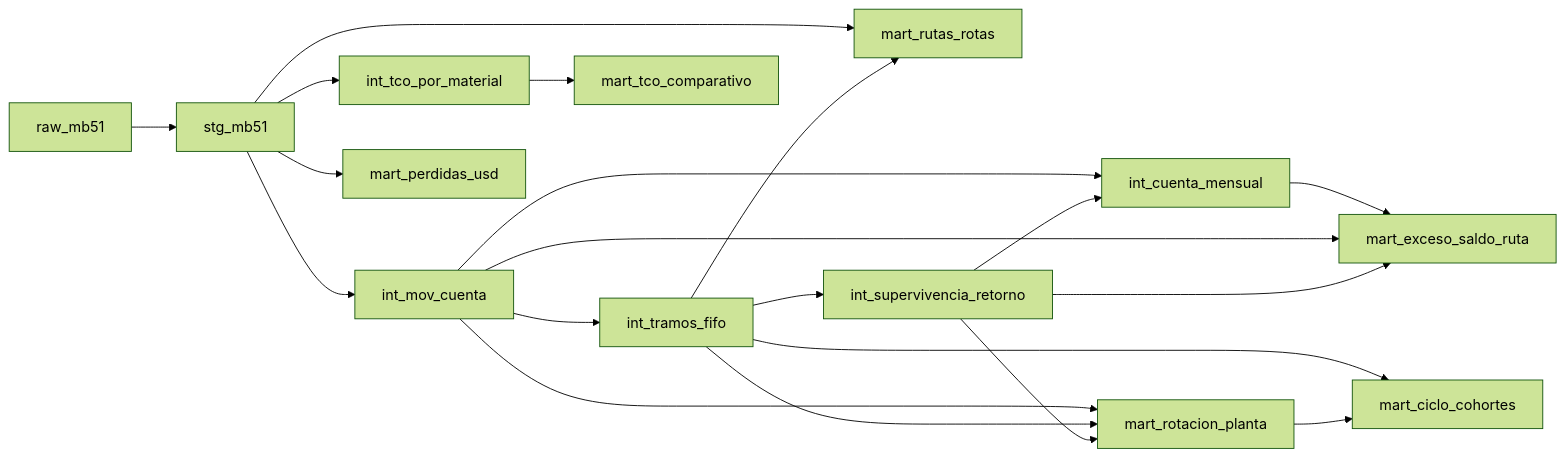
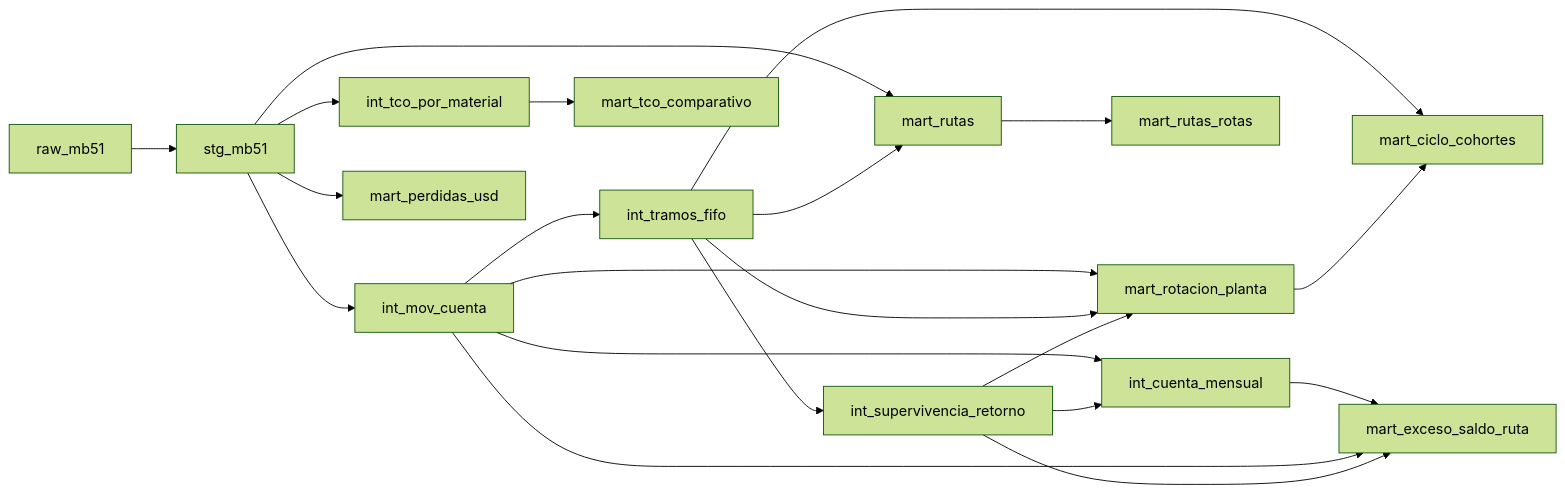
The second of 3 diagrams in README.md (juancarlospradologistica-hub/returnable-packaging-intelligence), drawn with Mermaid (forest theme) before and after one commit. The commit also changed other lines of this file and 1 other file, not shown here.

````diff
--- a/README.md
+++ b/README.md
@@ -44,22 +44,23 @@
 ```mermaid
 flowchart LR
     raw[raw_mb51] --> stg[stg_mb51]
     stg --> mov[int_mov_cuenta]
     stg --> tcoi[int_tco_por_material]
     stg --> perd[mart_perdidas_usd]
-    stg --> rutas[mart_rutas_rotas]
+    stg --> mrutas[mart_rutas]
     mov --> fifo[int_tramos_fifo]
     fifo --> sup[int_supervivencia_retorno]
     mov --> cuenta[int_cuenta_mensual]
     sup --> cuenta
-    fifo --> rutas
+    fifo --> mrutas
+    mrutas --> rutas[mart_rutas_rotas]
     mov --> rot[mart_rotacion_planta]
     fifo --> rot
     sup --> rot
     fifo --> ciclo[mart_ciclo_cohortes]
     rot --> ciclo
     cuenta --> exceso[mart_exceso_saldo_ruta]
     mov --> exceso
     sup --> exceso
     tcoi --> tco[mart_tco_comparativo]
 ```
````
